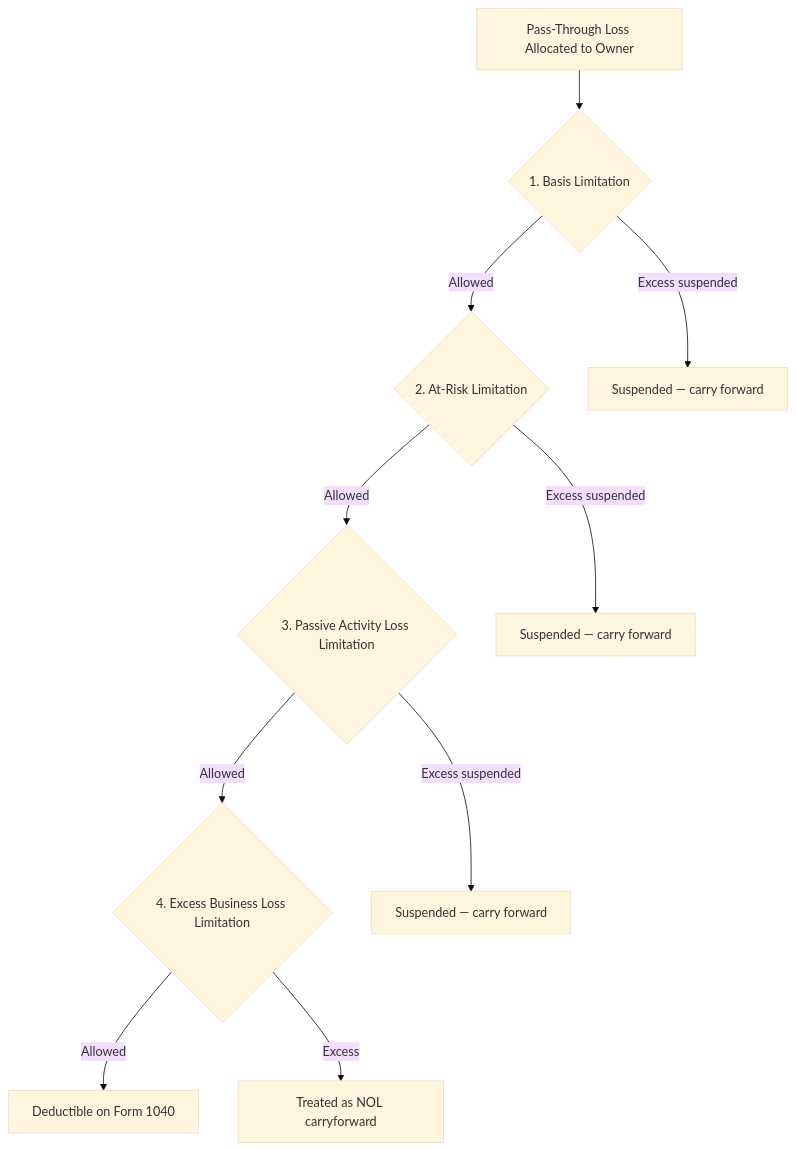
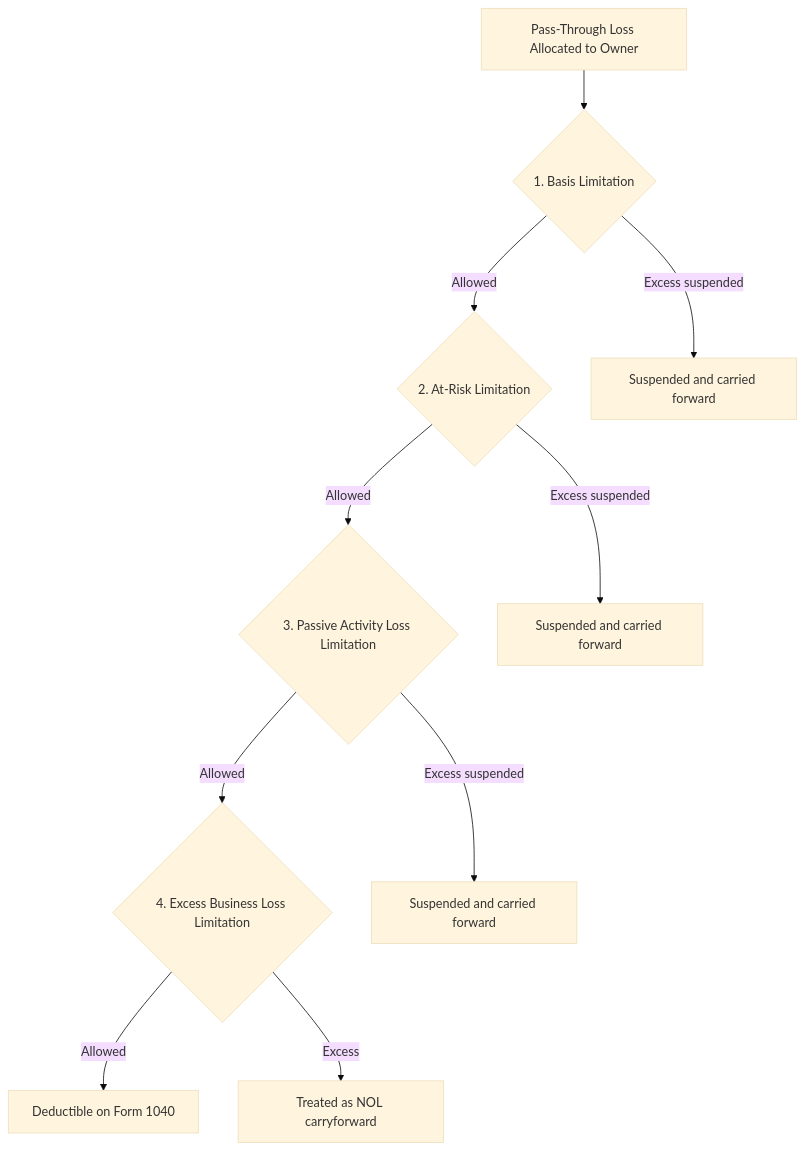
One commit to subwaymatch/cpabear-book changed the diagram in docs/reg/taxation-of-individuals/loss-limitations.md. Above: the diagram before and after it, drawn with Mermaid (base theme). The commit also changed other lines of this file and 222 other files, not shown here.

````diff
--- a/docs/reg/taxation-of-individuals/loss-limitations.md
+++ b/docs/reg/taxation-of-individuals/loss-limitations.md
@@ -48,12 +48,12 @@
 ```mermaid
 flowchart TD
     A[Pass-Through Loss Allocated to Owner] --> B{1. Basis Limitation}
     B -->|Allowed| C{2. At-Risk Limitation}
-    B -->|Excess suspended| B2[Suspended — carry forward]
+    B -->|Excess suspended| B2[Suspended and carried forward]
     C -->|Allowed| D{3. Passive Activity Loss Limitation}
-    C -->|Excess suspended| C2[Suspended — carry forward]
+    C -->|Excess suspended| C2[Suspended and carried forward]
     D -->|Allowed| E{4. Excess Business Loss Limitation}
-    D -->|Excess suspended| D2[Suspended — carry forward]
+    D -->|Excess suspended| D2[Suspended and carried forward]
     E -->|Allowed| F[Deductible on Form 1040]
     E -->|Excess| E2[Treated as NOL carryforward]
 ```
````
